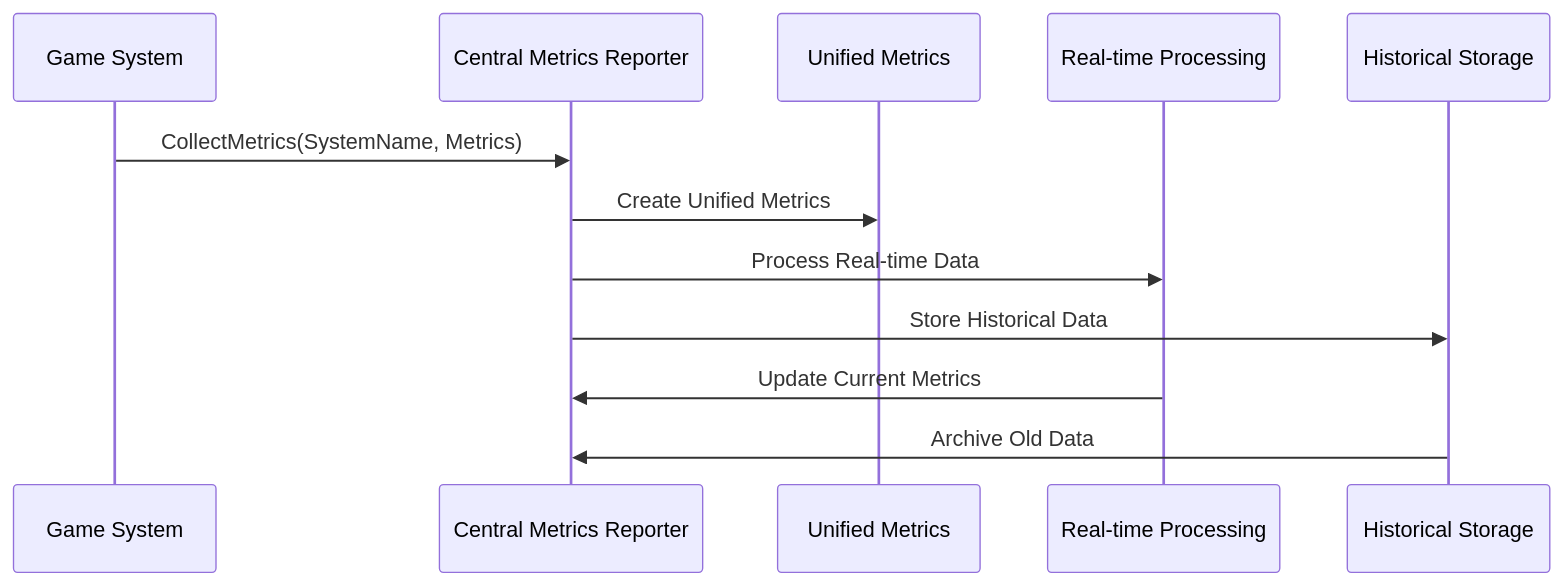
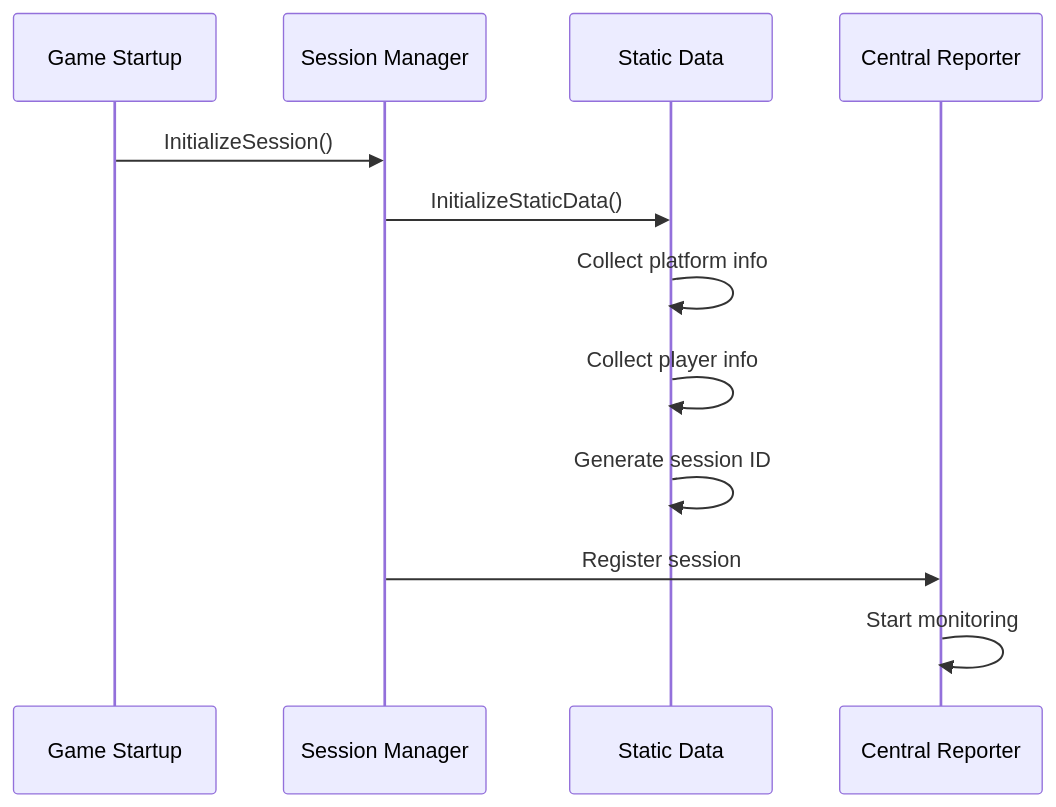
Before and after one commit to DeadmanJack/PlanetDefender: the second of 4 diagrams in docs/metrics/GWIZCentralMetricsReporter_Design.md, drawn with Mermaid. The commit also changed other lines of this file and 6 other files, not shown here.

Commit message:
Updated plan for metrics gathering, data structures, etc

````diff
--- a/docs/metrics/GWIZCentralMetricsReporter_Design.md
+++ b/docs/metrics/GWIZCentralMetricsReporter_Design.md
@@ -389,15 +358,15 @@
 ```mermaid
 sequenceDiagram
-    participant GS as Game System
-    participant CMR as Central Metrics Reporter
-    participant UM as Unified Metrics
-    participant RT as Real-time Processing
-    participant HT as Historical Storage
+    participant Game as Game Startup
+    participant SM as Session Manager
+    participant SD as Static Data
+    participant CMR as Central Reporter
     
-    GS->>CMR: CollectMetrics(SystemName, Metrics)
-    CMR->>UM: Create Unified Metrics
-    CMR->>RT: Process Real-time Data
-    CMR->>HT: Store Historical Data
-    RT->>CMR: Update Current Metrics
-    HT->>CMR: Archive Old Data
+    Game->>SM: InitializeSession()
+    SM->>SD: InitializeStaticData()
+    SD->>SD: Collect platform info
+    SD->>SD: Collect player info
+    SD->>SD: Generate session ID
+    SM->>CMR: Register session
+    CMR->>CMR: Start monitoring
 ```
````
